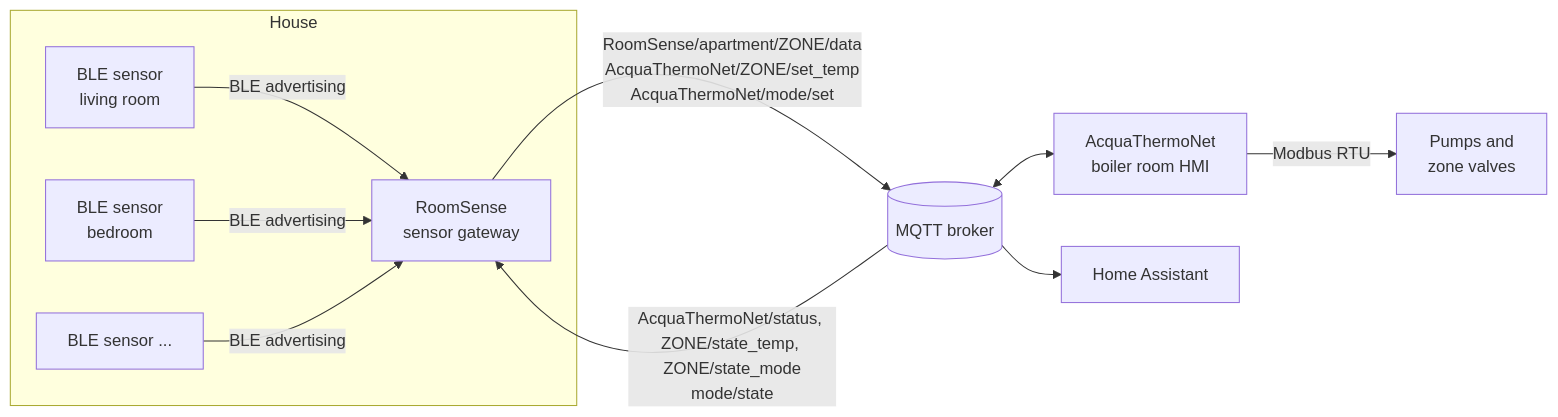
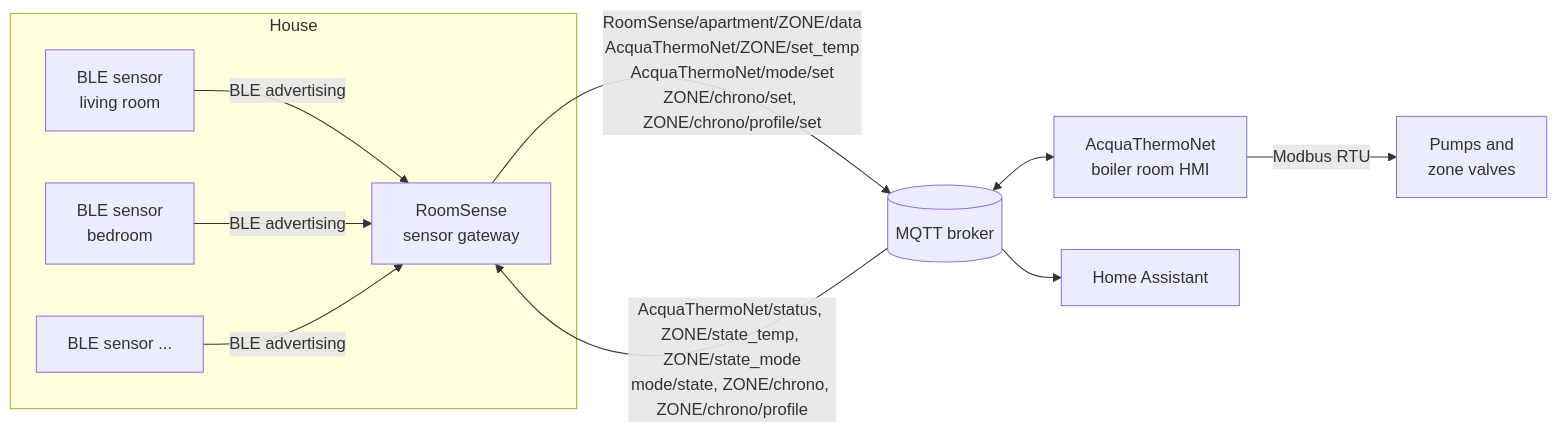
Before and after one commit to ska/AcquaThermoNet: the first of 5 diagrams in docs/SENSOR_GATEWAY_INTERFACE.md, drawn with Mermaid. The commit also changed other lines of this file and 47 other files, not shown here.

First line of the commit message:
AcquaThermoNet 2.4.0

````diff
--- a/docs/SENSOR_GATEWAY_INTERFACE.md
+++ b/docs/SENSOR_GATEWAY_INTERFACE.md
@@ -24,20 +27,20 @@
 ```mermaid
 flowchart LR
     subgraph House
         BLE1["BLE sensor<br/>living room"]
         BLE2["BLE sensor<br/>bedroom"]
         BLEn["BLE sensor ..."]
         GW["RoomSense<br/>sensor gateway"]
     end
     B[("MQTT broker")]
     ATN["AcquaThermoNet<br/>boiler room HMI"]
     HA["Home Assistant"]
     PLANT["Pumps and<br/>zone valves"]
 
     BLE1 & BLE2 & BLEn -- "BLE advertising" --> GW
-    GW -- "RoomSense/apartment/ZONE/data<br/>AcquaThermoNet/ZONE/set_temp<br/>AcquaThermoNet/mode/set" --> B
-    B -- "AcquaThermoNet/status, ZONE/state_temp, ZONE/state_mode<br/>mode/state" --> GW
+    GW -- "RoomSense/apartment/ZONE/data<br/>AcquaThermoNet/ZONE/set_temp<br/>AcquaThermoNet/mode/set<br/>ZONE/chrono/set, ZONE/chrono/profile/set" --> B
+    B -- "AcquaThermoNet/status, ZONE/state_temp, ZONE/state_mode<br/>mode/state, ZONE/chrono, ZONE/chrono/profile" --> GW
     B <--> ATN
     B --> HA
     ATN -- "Modbus RTU" --> PLANT
 ```
````
